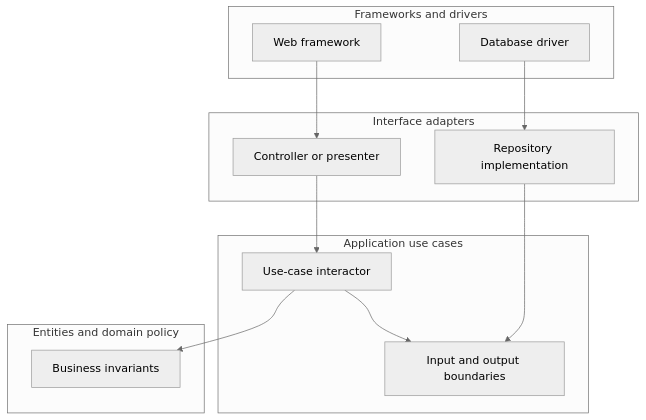
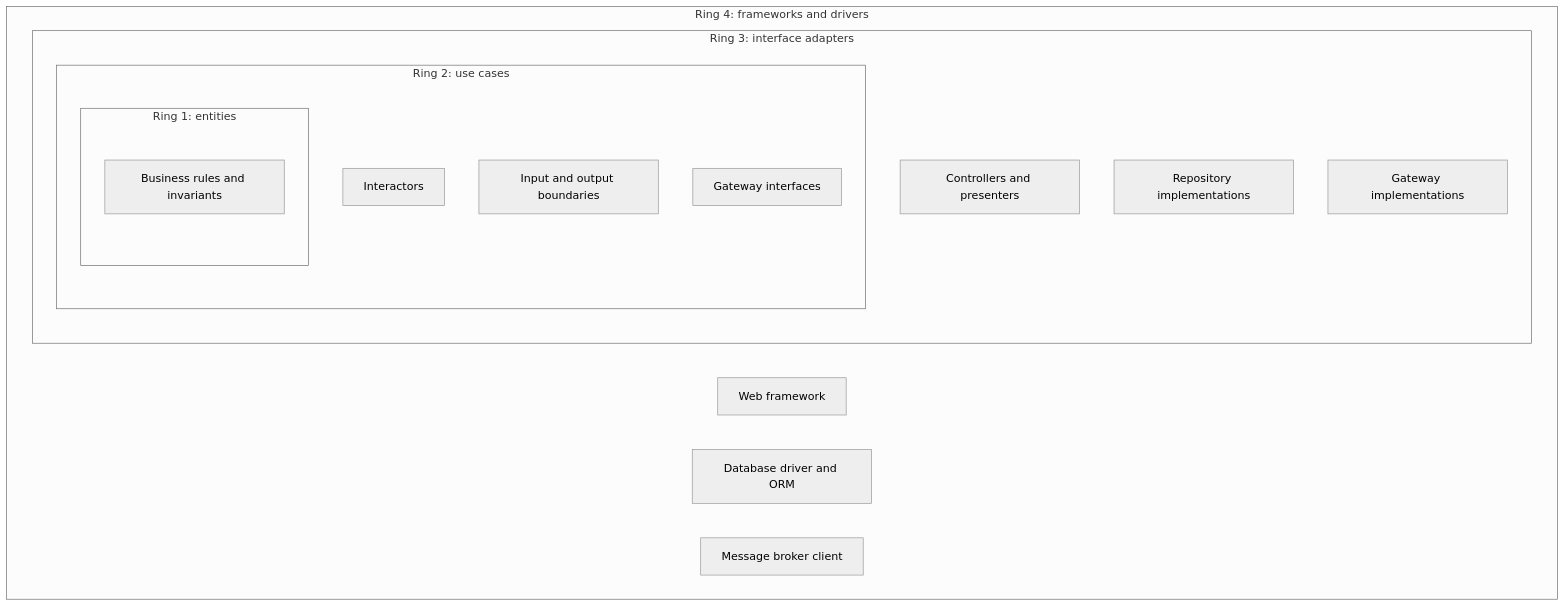
One commit to joydasss/Architect changed the second of 10 diagrams in 20_Architecture_Patterns/CH03_Clean_Architecture.md. Above: the diagram before and after it, drawn with Mermaid (neutral theme). The commit also changed other lines of this file and 295 other files, not shown here.

````diff
--- a/20_Architecture_Patterns/CH03_Clean_Architecture.md
+++ b/20_Architecture_Patterns/CH03_Clean_Architecture.md
@@ -13,24 +78,21 @@
 ```mermaid
 flowchart TB
-    subgraph Outer[Frameworks and drivers]
-        Web[Web framework]
-        DB[Database driver]
+    subgraph R4["Ring 4: frameworks and drivers"]
+        Web["Web framework"]
+        DB["Database driver and ORM"]
+        Broker["Message broker client"]
+        subgraph R3["Ring 3: interface adapters"]
+            Ctl["Controllers and presenters"]
+            Repo["Repository implementations"]
+            Gw["Gateway implementations"]
+            subgraph R2["Ring 2: use cases"]
+                Int["Interactors"]
+                Bnd["Input and output boundaries"]
+                Ports["Gateway interfaces"]
+                subgraph R1["Ring 1: entities"]
+                    Rules["Business rules and invariants"]
+                end
+            end
+        end
     end
-    subgraph Adapters[Interface adapters]
-        Controller[Controller or presenter]
-        Gateway[Repository implementation]
-    end
-    subgraph UseCases[Application use cases]
-        Interactor[Use-case interactor]
-        Input[Input and output boundaries]
-    end
-    subgraph Entities[Entities and domain policy]
-        Rules[Business invariants]
-    end
-    Web --> Controller
-    Controller --> Interactor
-    Interactor --> Rules
-    Interactor --> Input
-    Gateway --> Input
-    DB --> Gateway
 ```
````
